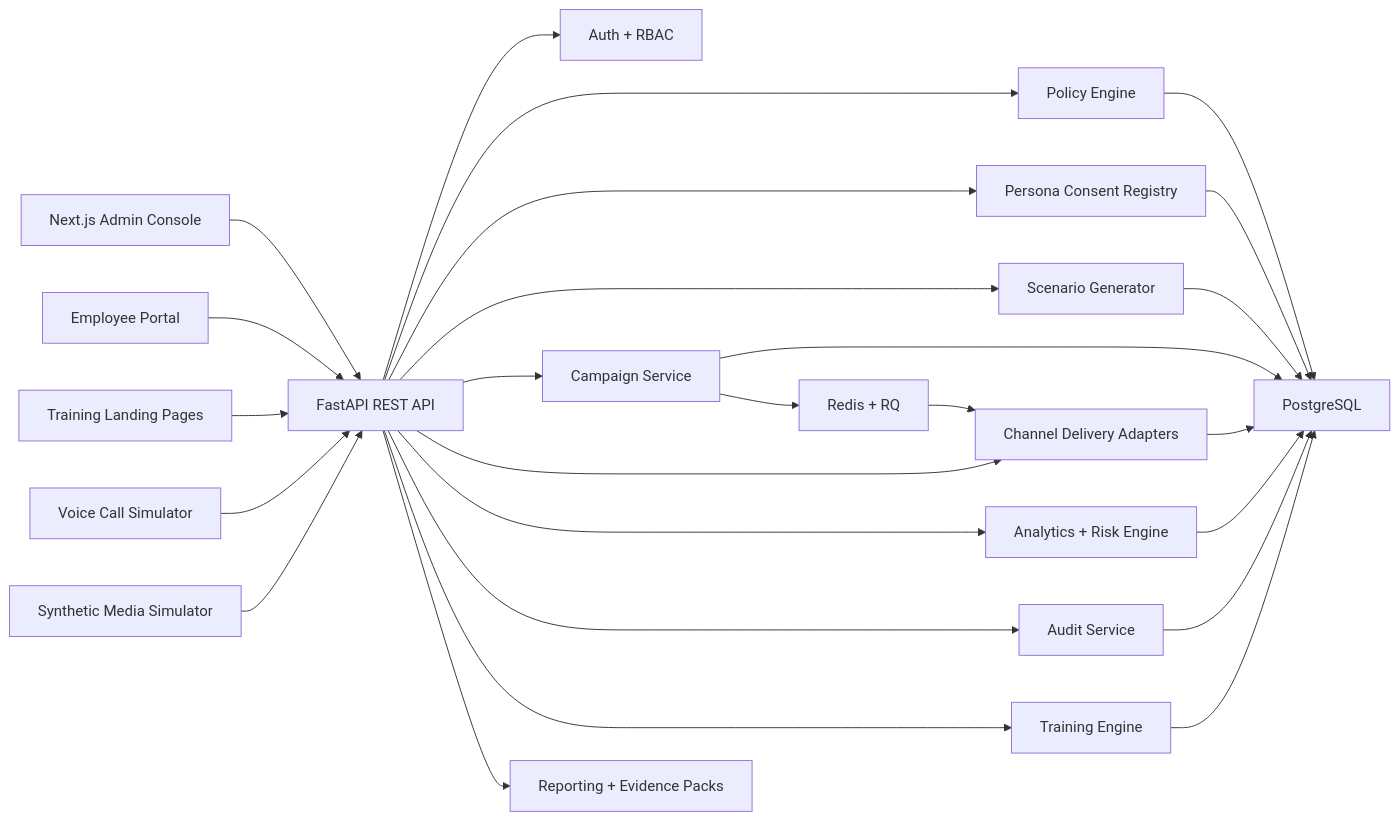
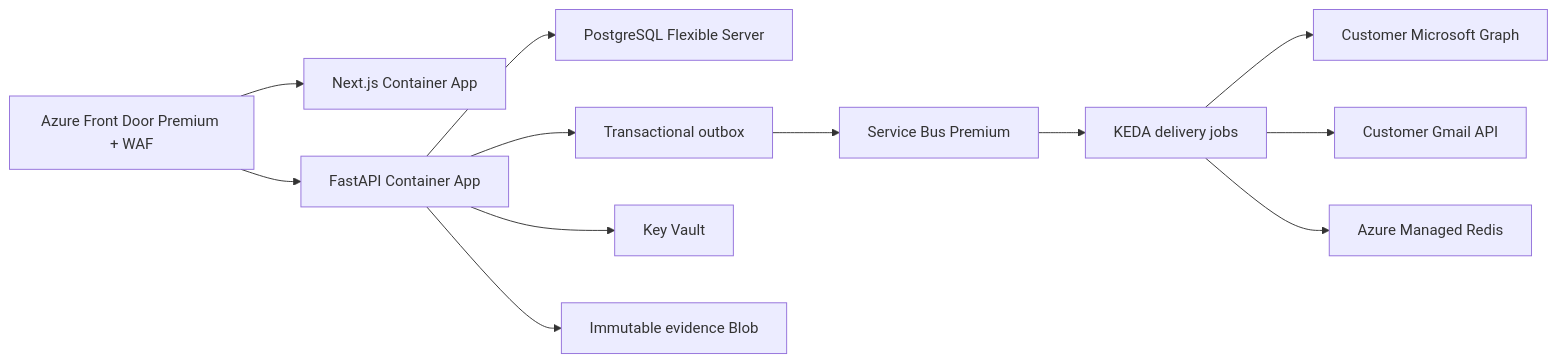
The diagram in README.md (thedevilhunter225/breachsim), drawn with Mermaid before and after one commit. The commit also changed other lines of this file and 167 other files, not shown here.

````diff
--- a/README.md
+++ b/README.md
@@ -36,28 +30,14 @@
 ```mermaid
 flowchart LR
-    A["Next.js Admin Console"] --> B["FastAPI REST API"]
-    P["Employee Portal"] --> B
-    T["Training Landing Pages"] --> B
-    V["Voice Call Simulator"] --> B
-    D["Synthetic Media Simulator"] --> B
-    B --> C["Auth + RBAC"]
-    B --> PE["Policy Engine"]
-    B --> PG["Persona Consent Registry"]
-    B --> E["Scenario Generator"]
-    B --> F["Campaign Service"]
-    B --> G["Channel Delivery Adapters"]
-    B --> H["Analytics + Risk Engine"]
-    B --> I["Audit Service"]
-    B --> J["Training Engine"]
-    B --> R["Reporting + Evidence Packs"]
-    PE --> K["PostgreSQL"]
-    PG --> K
-    E --> K
-    F --> K
-    G --> K
-    H --> K
-    I --> K
-    J --> K
-    F --> Q["Redis + RQ"]
-    Q --> G
+    FD["Azure Front Door Premium + WAF"] --> WEB["Next.js Container App"]
+    FD --> API["FastAPI Container App"]
+    API --> PG["PostgreSQL Flexible Server"]
+    API --> OUT["Transactional outbox"]
+    OUT --> SB["Service Bus Premium"]
+    SB --> WORK["KEDA delivery jobs"]
+    WORK --> GRAPH["Customer Microsoft Graph"]
+    WORK --> GMAIL["Customer Gmail API"]
+    WORK --> REDIS["Azure Managed Redis"]
+    API --> KV["Key Vault"]
+    API --> BLOB["Immutable evidence Blob"]
 ```
````
